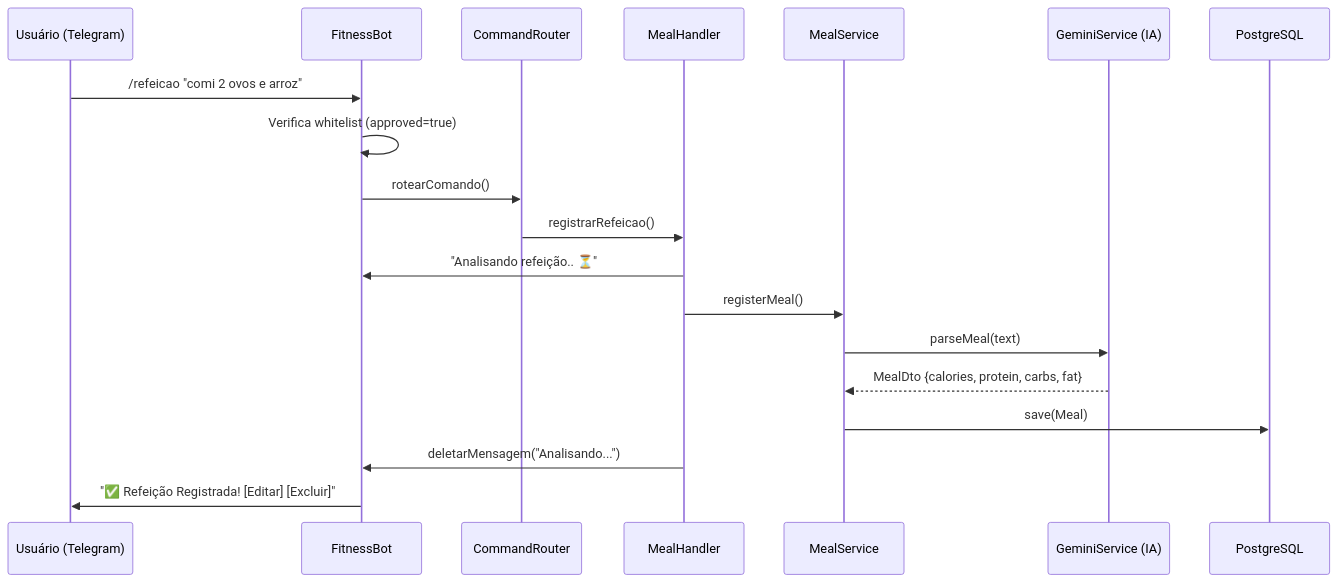
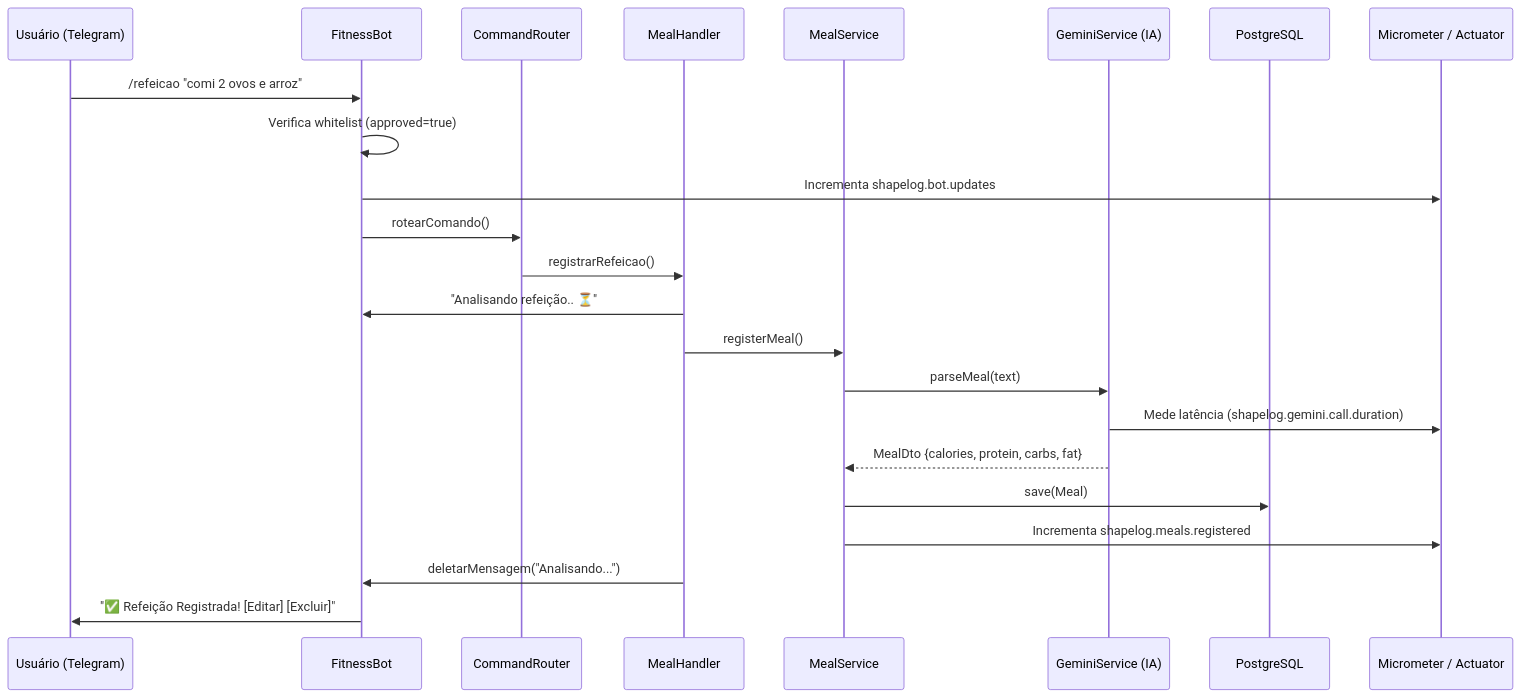
Before and after one commit to Savio-Marques/ShapeLog.ai: the second of 2 diagrams in README.md, drawn with Mermaid. The commit also changed other lines of this file, not shown here.

````diff
--- a/README.md
+++ b/README.md
@@ -67,22 +132,26 @@
 ```mermaid
 sequenceDiagram
     participant U as Usuário (Telegram)
     participant F as FitnessBot
     participant R as CommandRouter
     participant H as MealHandler
     participant S as MealService
     participant AI as GeminiService (IA)
     participant DB as PostgreSQL
+    participant M as Micrometer / Actuator
 
     U->>F: /refeicao "comi 2 ovos e arroz"
     F->>F: Verifica whitelist (approved=true)
+    F->>M: Incrementa shapelog.bot.updates
     F->>R: rotearComando()
     R->>H: registrarRefeicao()
     H->>F: "Analisando refeição.. ⏳"
     H->>S: registerMeal()
     S->>AI: parseMeal(text)
+    AI->>M: Mede latência (shapelog.gemini.call.duration)
     AI-->>S: MealDto {calories, protein, carbs, fat}
     S->>DB: save(Meal)
+    S->>M: Incrementa shapelog.meals.registered
     H->>F: deletarMensagem("Analisando...")
     F->>U: "✅ Refeição Registrada! [Editar] [Excluir]"
 ```
````
